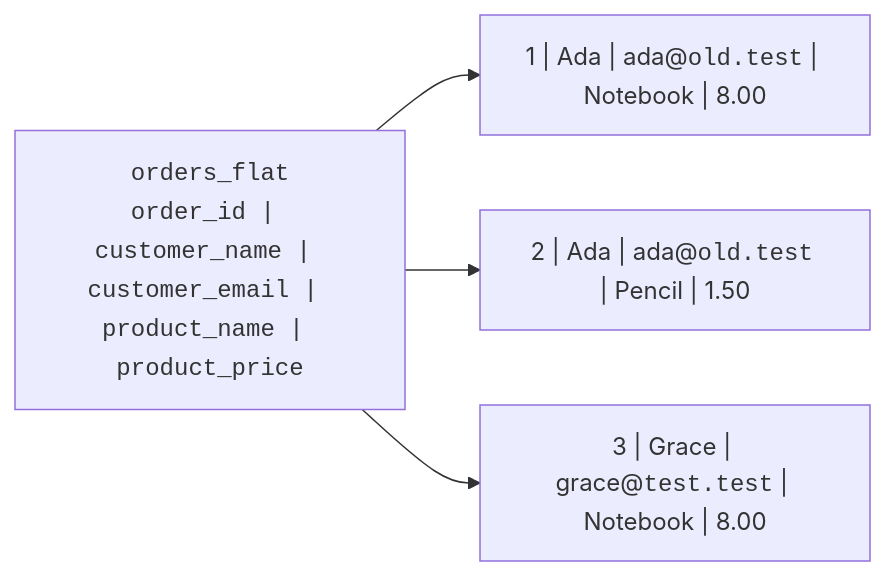
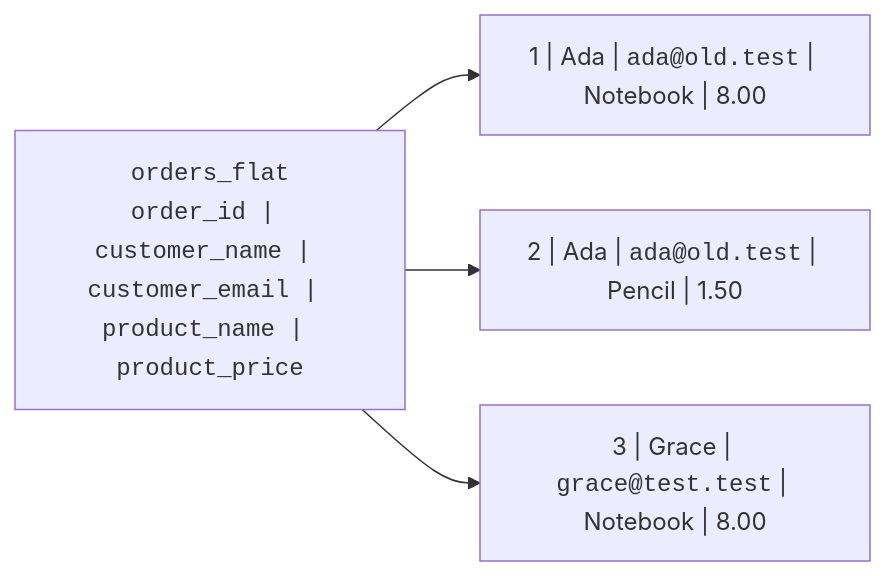
Before and after one commit to dataslope/dataslope: the first of 5 diagrams in content/courses/database-design-postgresql/why-normalization.mdx, drawn with Mermaid. The commit also changed other lines of this file and 641 other files, not shown here.

````diff
--- a/content/courses/database-design-postgresql/why-normalization.mdx
+++ b/content/courses/database-design-postgresql/why-normalization.mdx
@@ -34,7 +35,7 @@
 ```mermaid
 flowchart LR
     T["<code>orders_flat<br/>order_id | customer_name | customer_email | product_name | product_price</code>"]
-    T --> R1["1 | Ada | ada@<code>old.test</code> | Notebook | 8.00"]
-    T --> R2["2 | Ada | ada@<code>old.test</code> | Pencil | 1.50"]
-    T --> R3["3 | Grace | grace@<code>test.test</code> | Notebook | 8.00"]
+    T --> R1["1 | Ada | <code>ada@old.test</code> | Notebook | 8.00"]
+    T --> R2["2 | Ada | <code>ada@old.test</code> | Pencil | 1.50"]
+    T --> R3["3 | Grace | <code>grace@test.test</code> | Notebook | 8.00"]
 ```
````
